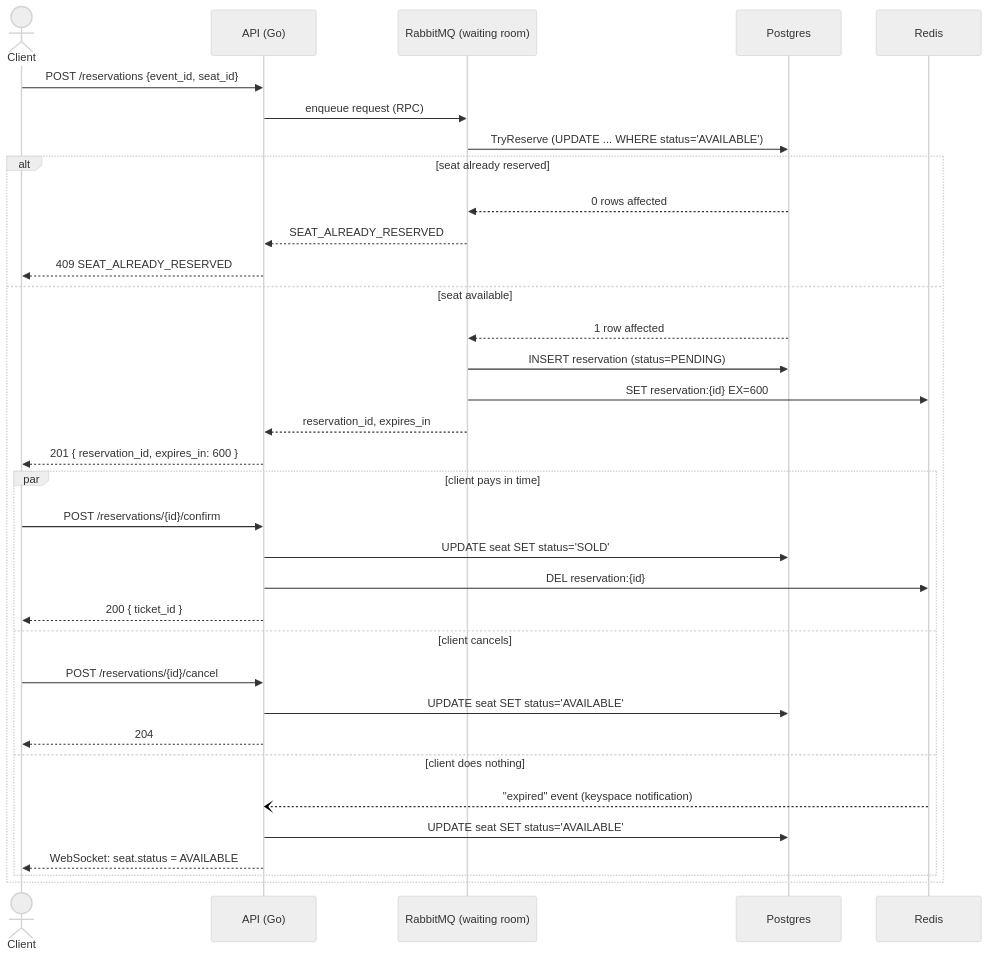
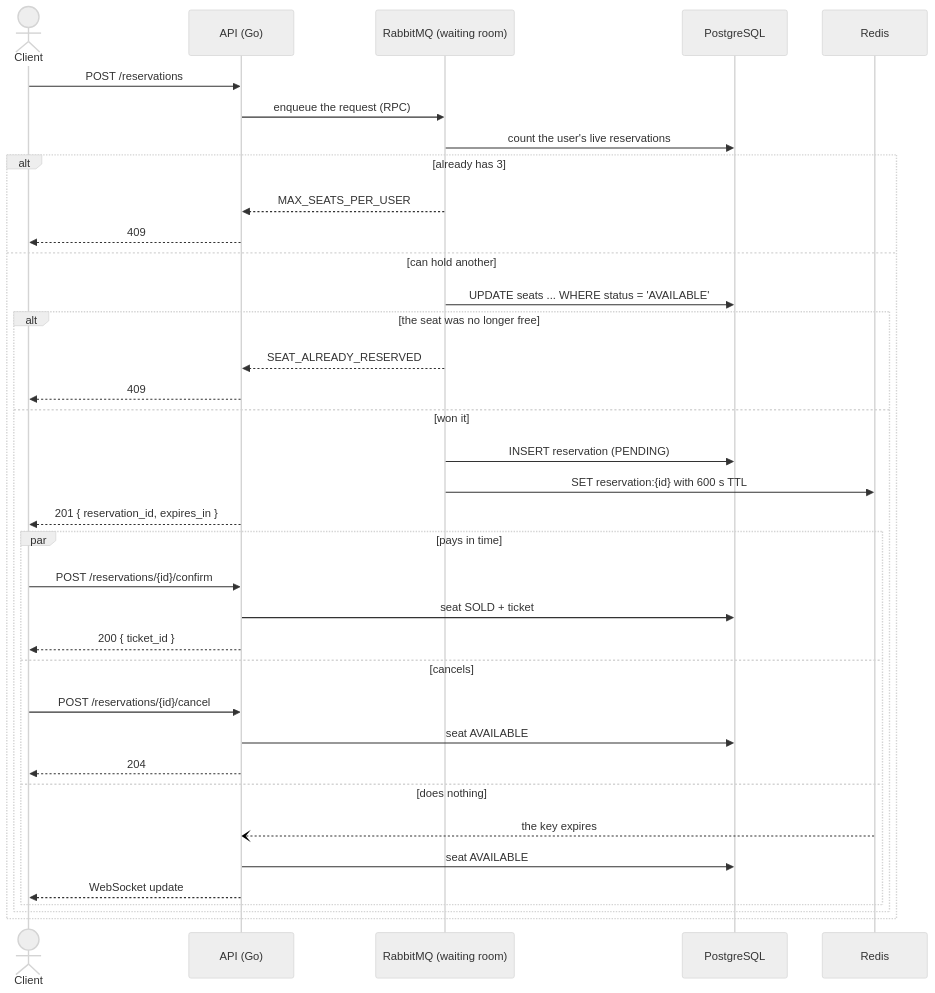
One commit to carlosmorales-dev-mx/ticketing-system changed the second of 3 diagrams in README.en.md. Above: the diagram before and after it, drawn with Mermaid (neutral theme). The commit also changed other lines of this file and 49 other files, not shown here.

````diff
--- a/README.en.md
+++ b/README.en.md
@@ -51,38 +100,39 @@
 ```mermaid
 sequenceDiagram
     actor Client
     participant API as API (Go)
     participant MQ as RabbitMQ (waiting room)
-    participant PG as Postgres
+    participant PG as PostgreSQL
     participant R as Redis
 
-    Client->>API: POST /reservations {event_id, seat_id}
-    API->>MQ: enqueue request (RPC)
-    MQ->>PG: TryReserve (UPDATE ... WHERE status='AVAILABLE')
-    alt seat already reserved
-        PG-->>MQ: 0 rows affected
-        MQ-->>API: SEAT_ALREADY_RESERVED
-        API-->>Client: 409 SEAT_ALREADY_RESERVED
-    else seat available
-        PG-->>MQ: 1 row affected
-        MQ->>PG: INSERT reservation (status=PENDING)
-        MQ->>R: SET reservation:{id} EX=600
-        MQ-->>API: reservation_id, expires_in
-        API-->>Client: 201 { reservation_id, expires_in: 600 }
-
-        par client pays in time
-            Client->>API: POST /reservations/{id}/confirm
-            API->>PG: UPDATE seat SET status='SOLD'
-            API->>R: DEL reservation:{id}
-            API-->>Client: 200 { ticket_id }
-        and client cancels
-            Client->>API: POST /reservations/{id}/cancel
-            API->>PG: UPDATE seat SET status='AVAILABLE'
-            API-->>Client: 204
-        and client does nothing
-            R--)API: "expired" event (keyspace notification)
-            API->>PG: UPDATE seat SET status='AVAILABLE'
-            API-->>Client: WebSocket: seat.status = AVAILABLE
+    Client->>API: POST /reservations
+    API->>MQ: enqueue the request (RPC)
+    MQ->>PG: count the user's live reservations
+    alt already has 3
+        MQ-->>API: MAX_SEATS_PER_USER
+        API-->>Client: 409
+    else can hold another
+        MQ->>PG: UPDATE seats ... WHERE status = 'AVAILABLE'
+        alt the seat was no longer free
+            MQ-->>API: SEAT_ALREADY_RESERVED
+            API-->>Client: 409
+        else won it
+            MQ->>PG: INSERT reservation (PENDING)
+            MQ->>R: SET reservation:{id} with 600 s TTL
+            API-->>Client: 201 { reservation_id, expires_in }
+            par pays in time
+                Client->>API: POST /reservations/{id}/confirm
+                API->>PG: seat SOLD + ticket
+                API-->>Client: 200 { ticket_id }
+            and cancels
+                Client->>API: POST /reservations/{id}/cancel
+                API->>PG: seat AVAILABLE
+                API-->>Client: 204
+            and does nothing
+                R--)API: the key expires
+                API->>PG: seat AVAILABLE
+                API-->>Client: WebSocket update
+            end
         end
     end
 ```
````
